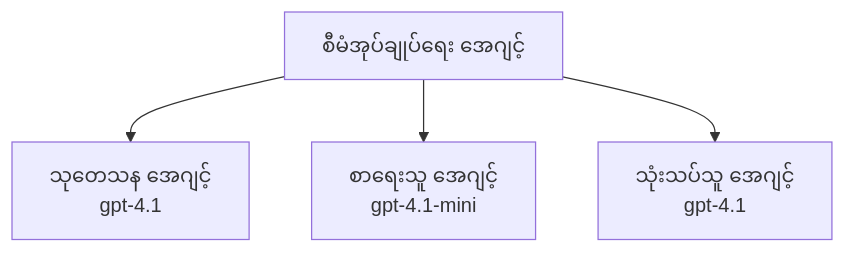
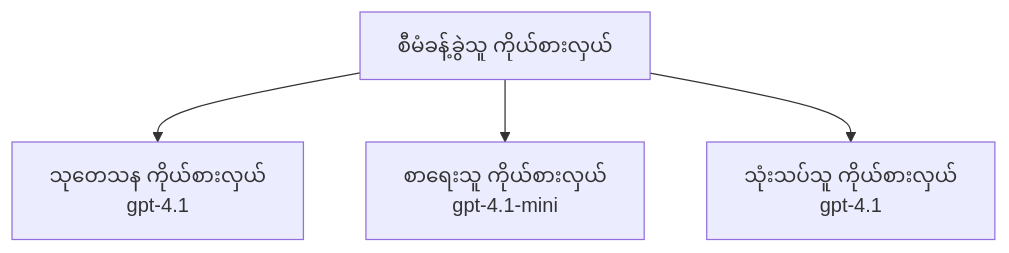
Before and after one commit to microsoft/AZD-for-beginners: the third of 3 diagrams in translations/my/docs/chapter-02-ai-development/agents.md, drawn with Mermaid. The commit also changed other lines of this file and 101 other files, not shown here.

````diff
--- a/translations/my/docs/chapter-02-ai-development/agents.md
+++ b/translations/my/docs/chapter-02-ai-development/agents.md
@@ -189,6 +194,6 @@
 ```mermaid
 graph TD
-    Orchestrator[စီမံအုပ်ချုပ်ရေး အေဂျင့်] --> Research[သုတေသန အေဂျင့်<br/>gpt-4.1]
-    Orchestrator --> Writer[စာရေးသူ အေဂျင့်<br/>gpt-4.1-mini]
-    Orchestrator --> Reviewer[သုံးသပ်သူ အေဂျင့်<br/>gpt-4.1]
+    Orchestrator[စီမံခန့်ခွဲသူ ကိုယ်စားလှယ်] --> Research[သုတေသန ကိုယ်စားလှယ်<br/>gpt-4.1]
+    Orchestrator --> Writer[စာရေးသူ ကိုယ်စားလှယ်<br/>gpt-4.1-mini]
+    Orchestrator --> Reviewer[သုံးသပ်သူ ကိုယ်စားလှယ်<br/>gpt-4.1]
 ```
````
